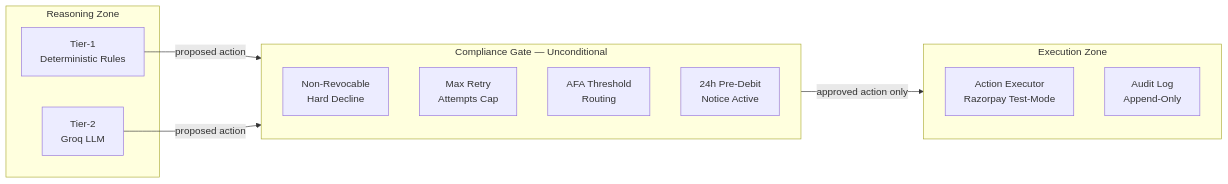
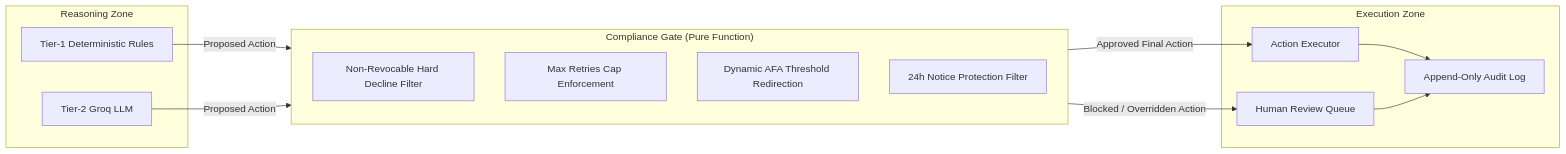
The second of 2 diagrams in README.md (AdityaWagh19/Aegis), drawn with Mermaid before and after one commit. The commit also changed other lines of this file, not shown here.

Commit message:
docs: update README with comprehensive Sidecar architecture, compliance gate, and API specifications

````diff
--- a/README.md
+++ b/README.md
@@ -49,21 +70,25 @@
 ```mermaid
 flowchart LR
     subgraph REASONING["Reasoning Zone"]
-        T1["Tier-1\nDeterministic Rules"]
-        T2["Tier-2\nGroq LLM"]
+        T1["Tier-1 Deterministic Rules"]
+        T2["Tier-2 Groq LLM"]
     end
-    subgraph GATE["Compliance Gate — Unconditional"]
-        R1["Non-Revocable\nHard Decline"]
-        R2["Max Retry\nAttempts Cap"]
-        R3["AFA Threshold\nRouting"]
-        R4["24h Pre-Debit\nNotice Active"]
+    subgraph GATE["Compliance Gate (Pure Function)"]
+        CG1["Non-Revocable Hard Decline Filter"]
+        CG2["Max Retries Cap Enforcement"]
+        CG3["Dynamic AFA Threshold Redirection"]
+        CG4["24h Notice Protection Filter"]
     end
-    subgraph EXEC["Execution Zone"]
-        AX["Action Executor\nRazorpay Test-Mode"]
-        AL["Audit Log\nAppend-Only"]
+    subgraph EXECUTION["Execution Zone"]
+        AX["Action Executor"]
+        AL["Append-Only Audit Log"]
+        HR["Human Review Queue"]
     end
 
-    T1 -->|"proposed action"| GATE
-    T2 -->|"proposed action"| GATE
-    GATE -->|"approved action only"| EXEC
+    T1 -->|Proposed Action| GATE
+    T2 -->|Proposed Action| GATE
+    GATE -->|Approved Final Action| AX
+    GATE -->|Blocked / Overridden Action| HR
+    AX --> AL
+    HR --> AL
 ```
````
